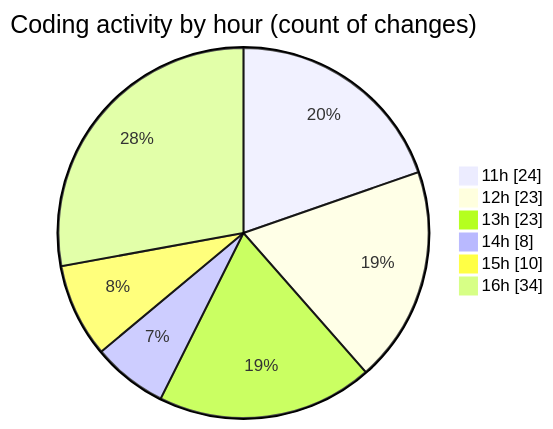
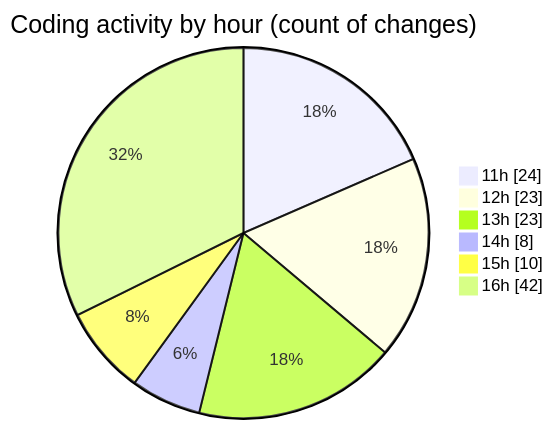
Before and after one commit to nxtqubesakshisongat/code-tracking: the second of 2 diagrams in 2025-09-18/nxtqube_webapp/README.md, drawn with Mermaid. The commit also changed other lines of this file and 1 other file, not shown here.

````diff
--- a/2025-09-18/nxtqube_webapp/README.md
+++ b/2025-09-18/nxtqube_webapp/README.md
@@ -48,10 +48,10 @@
 ```mermaid
 pie showData
 title Coding activity by hour (count of changes)
 "11h" : 24
 "12h" : 23
 "13h" : 23
 "14h" : 8
 "15h" : 10
-"16h" : 34
+"16h" : 42
 ```
````
